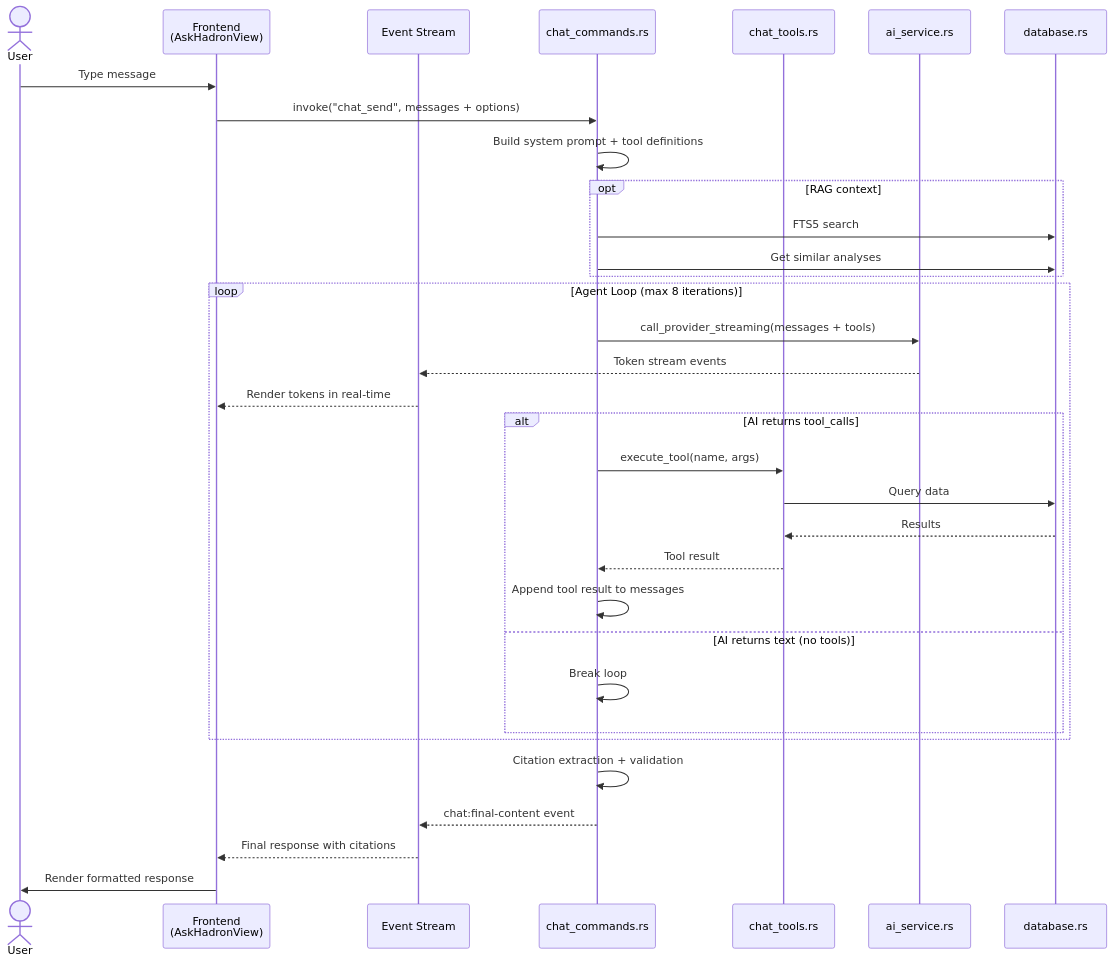
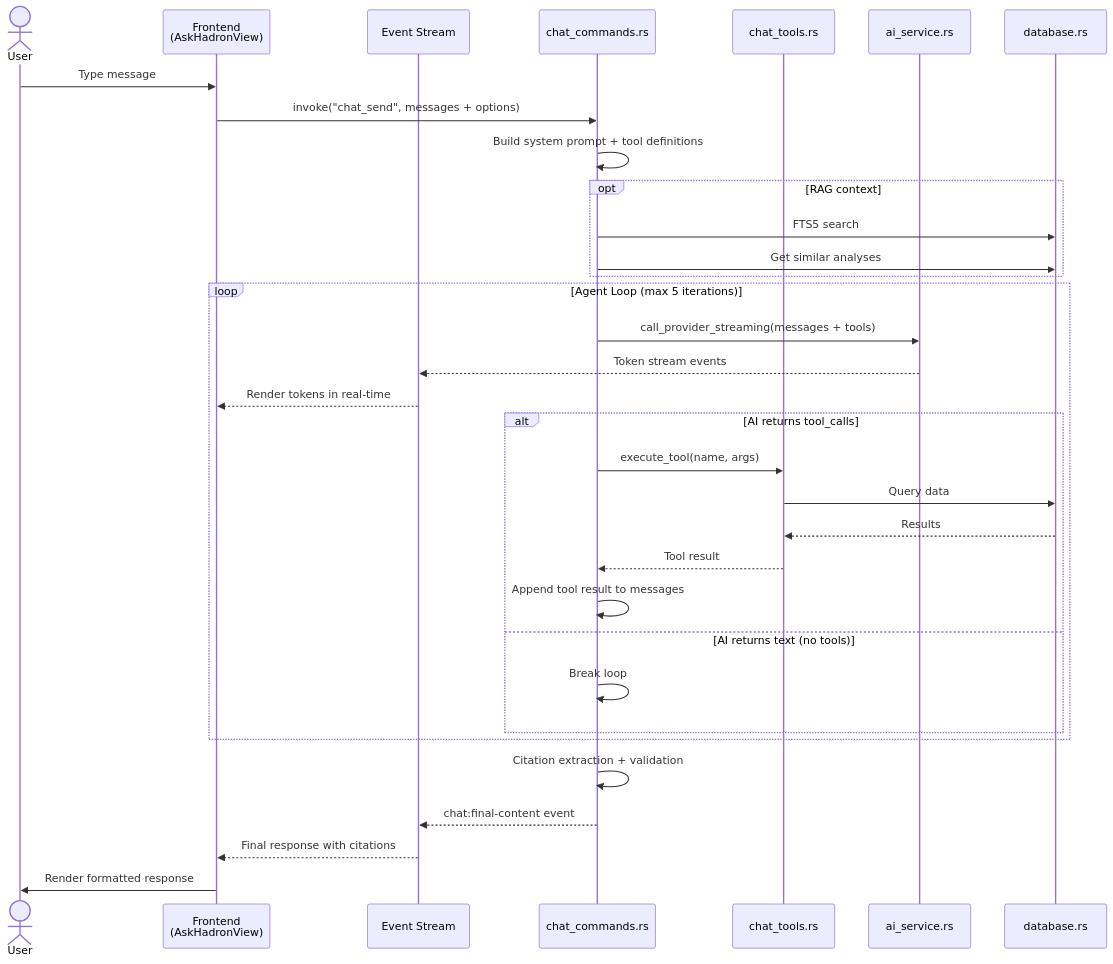
Before and after one commit to PolycarpusTack/hadron_v3: the third of 3 diagrams in hadron-desktop/docs/TECHNICAL_SPEC.md, drawn with Mermaid. The commit also changed other lines of this file and 7 other files, not shown here.

````diff
--- a/hadron-desktop/docs/TECHNICAL_SPEC.md
+++ b/hadron-desktop/docs/TECHNICAL_SPEC.md
@@ -240,41 +240,41 @@
 ```mermaid
 sequenceDiagram
     actor User
     participant FE as Frontend<br/>(AskHadronView)
     participant Stream as Event Stream
     participant Chat as chat_commands.rs
     participant Tools as chat_tools.rs
     participant AI as ai_service.rs
     participant DB as database.rs
 
     User->>FE: Type message
     FE->>Chat: invoke("chat_send", messages + options)
 
     Chat->>Chat: Build system prompt + tool definitions
 
     opt RAG context
         Chat->>DB: FTS5 search
         Chat->>DB: Get similar analyses
     end
 
-    loop Agent Loop (max 8 iterations)
+    loop Agent Loop (max 5 iterations)
         Chat->>AI: call_provider_streaming(messages + tools)
         AI-->>Stream: Token stream events
         Stream-->>FE: Render tokens in real-time
 
         alt AI returns tool_calls
             Chat->>Tools: execute_tool(name, args)
             Tools->>DB: Query data
             DB-->>Tools: Results
             Tools-->>Chat: Tool result
             Chat->>Chat: Append tool result to messages
         else AI returns text (no tools)
             Chat->>Chat: Break loop
         end
     end
 
     Chat->>Chat: Citation extraction + validation
     Chat-->>Stream: chat:final-content event
     Stream-->>FE: Final response with citations
     FE->>User: Render formatted response
 ```
````
